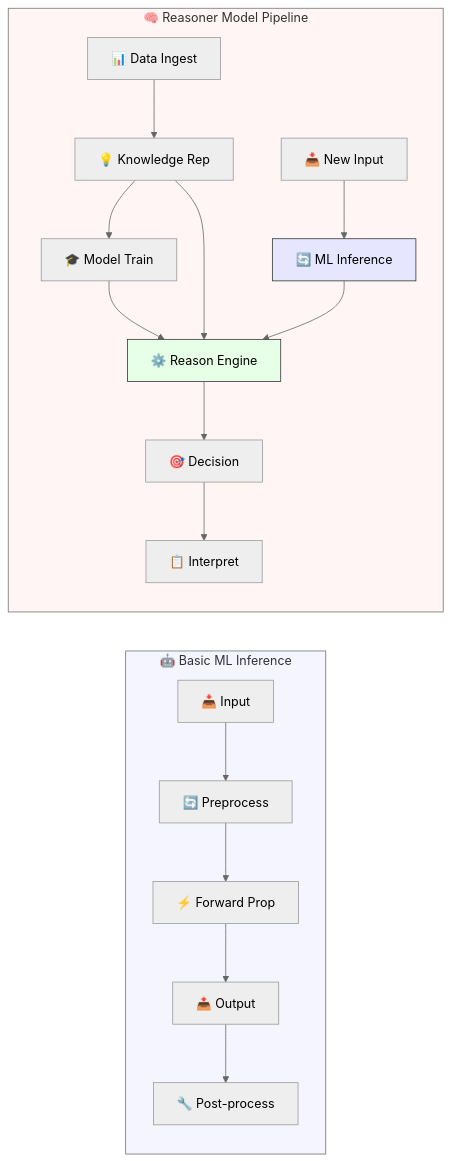
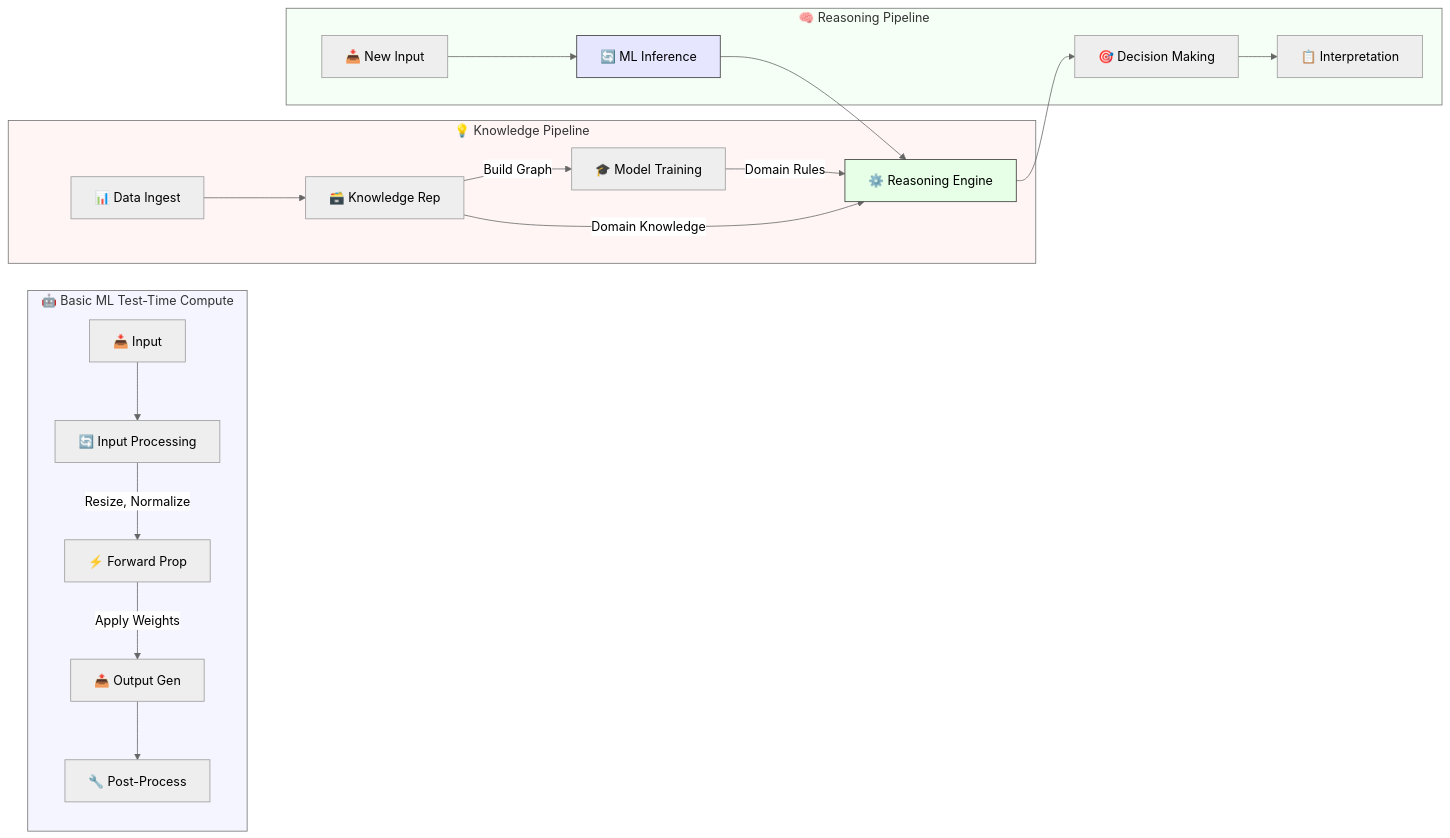
Before and after one commit to AaronCWacker/Yggdrasil: the second of 2 diagrams in AI-Deepseek-and-OpenSourceModels.md, drawn with Mermaid (neutral theme).

````diff
--- a/AI-Deepseek-and-OpenSourceModels.md
+++ b/AI-Deepseek-and-OpenSourceModels.md
@@ -51,27 +51,29 @@
 ```mermaid
 graph LR
-    subgraph Basic[🤖 Basic ML Inference]
-        A[📥 Input] --> B[🔄 Preprocess]
-        B --> C[⚡ Forward Prop]
-        C --> D[📤 Output]
-        D --> E[🔧 Post-process]
+    subgraph ML[🤖 Basic ML Test-Time Compute]
+        A[📥 Input] --> B[🔄 Input Processing]
+        B --> |Resize, Normalize| C[⚡ Forward Prop]
+        C --> |Apply Weights| D[📤 Output Gen]
+        D --> E[🔧 Post-Process]
     end
 
-    subgraph Reasoner[🧠 Reasoner Model Pipeline]
-        F[📊 Data Ingest] --> G[💡 Knowledge Rep]
-        G --> H[🎓 Model Train]
-        H --> I[⚙️ Reason Engine]
-        
+    subgraph Knowledge[💡 Knowledge Pipeline]
+        F[📊 Data Ingest] --> G[🗃️ Knowledge Rep]
+        G --> |Build Graph| H[🎓 Model Training]
+        H --> |Domain Rules| I[⚙️ Reasoning Engine]
+    end
+
+    subgraph Inference[🧠 Reasoning Pipeline]
         J[📥 New Input] --> K[🔄 ML Inference]
         K --> I
-        G --> I
-        
-        I --> L[🎯 Decision]
-        L --> M[📋 Interpret]
+        G --> |Domain Knowledge| I
+        I --> L[🎯 Decision Making]
+        L --> M[📋 Interpretation]
     end
 
-    style Basic fill:#f5f5ff
-    style Reasoner fill:#fff5f5
+    style ML fill:#f5f5ff
+    style Knowledge fill:#fff5f5
+    style Inference fill:#f5fff5
     style I fill:#e6ffe6,stroke:#333
     style K fill:#e6e6ff,stroke:#333
 ```
````
